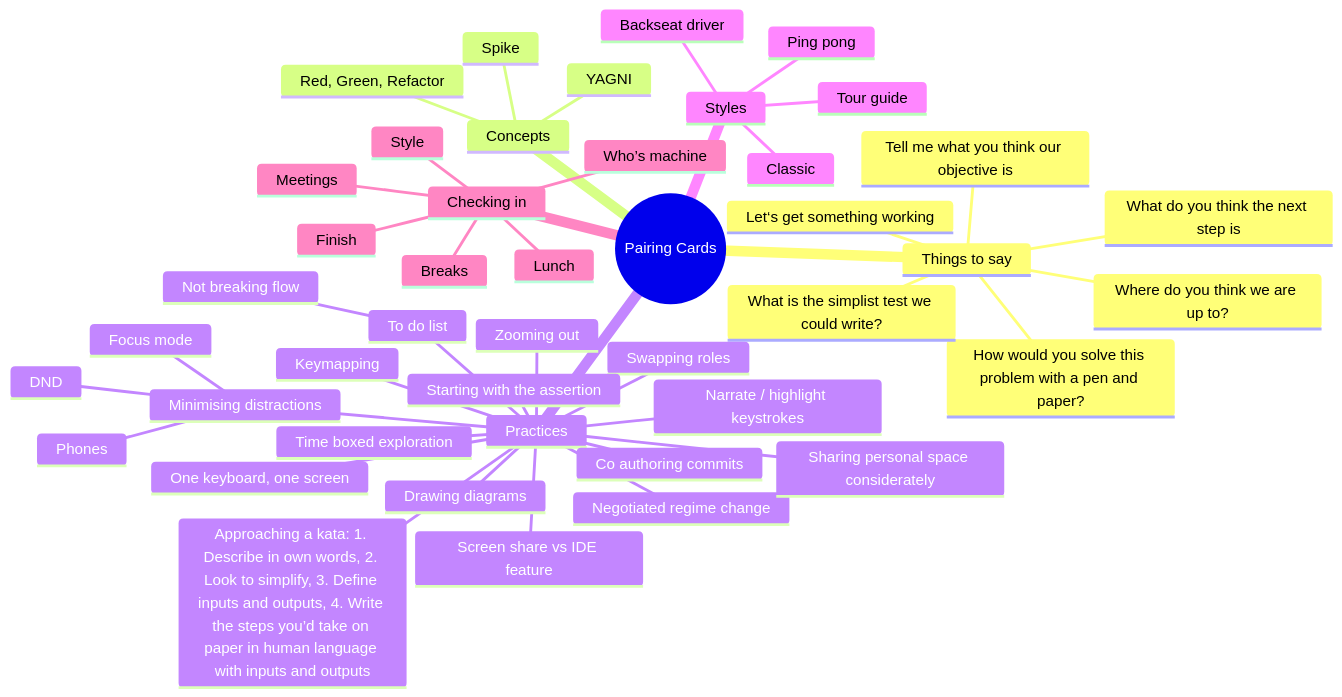
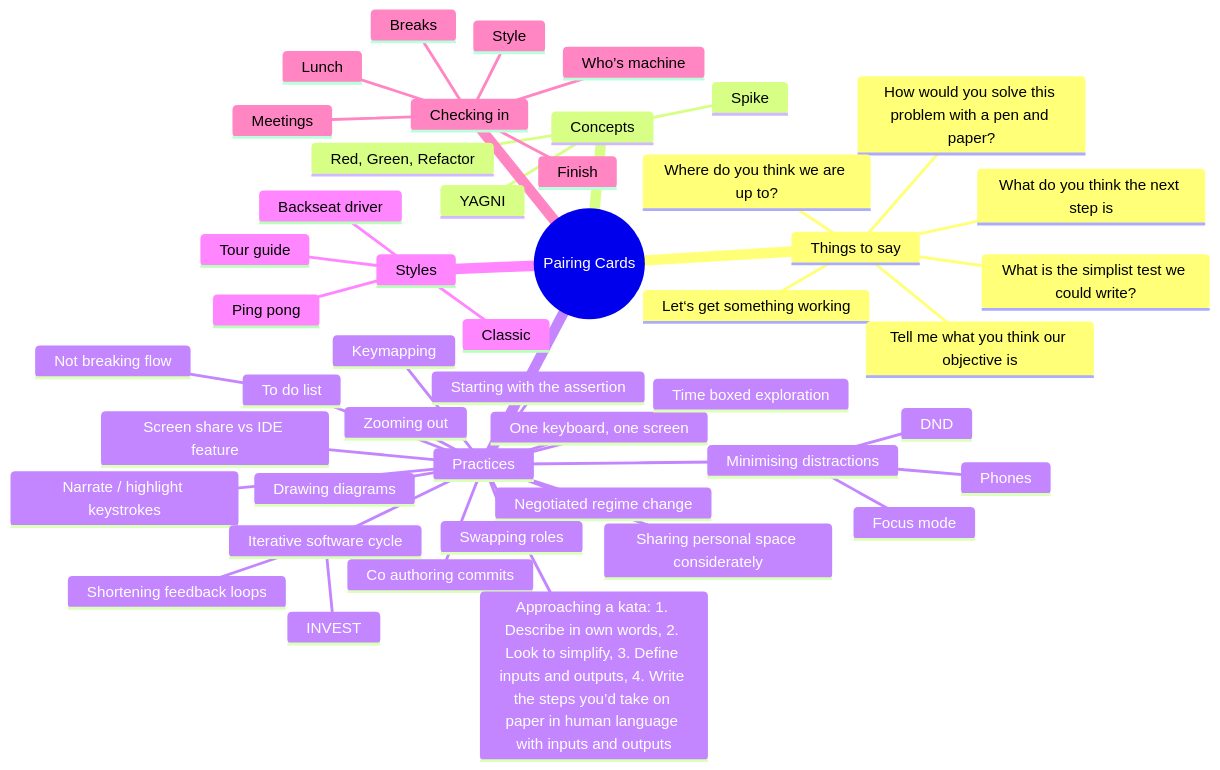
One commit to mrmanc/pairing-cards changed the diagram in README.md. Above: the diagram before and after it, drawn with Mermaid.

Commit message:
Add some stuff around iterative development
This is moving out of pairing territory now.

````diff
--- a/README.md
+++ b/README.md
@@ -6,47 +6,50 @@
 ```mermaid
 mindmap
     root((Pairing Cards))
         Things to say
             What do you think the next step is
             How would you solve this problem with a pen and paper?
             Let‘s get something working
             Tell me what you think our objective is
             Where do you think we are up to?
             What is the simplist test we could write?
         Concepts
             YAGNI
             Red, Green, Refactor
             Spike
         Practices
             One keyboard, one screen
             Screen share vs IDE feature
             To do list
                 Not breaking flow
             Zooming out
             Narrate / highlight keystrokes
             Time boxed exploration
             Negotiated regime change
             Minimising distractions
                 Phones
                 Focus mode
                 DND
             Co authoring commits
             Drawing diagrams
             Swapping roles
             Sharing personal space considerately
             Keymapping
             Starting with the assertion
+            Iterative software cycle
+                Shortening feedback loops
+                INVEST
             Approaching a kata: 1. Describe in own words, 2. Look to simplify, 3. Define inputs and outputs, 4. Write the steps you’d take on paper in human language with inputs and outputs
         Styles
             Ping pong
             Classic
             Tour guide
             Backseat driver
         Checking in
             Style
             Who’s machine
             Lunch
             Meetings
             Breaks
             Finish
 ```
````
